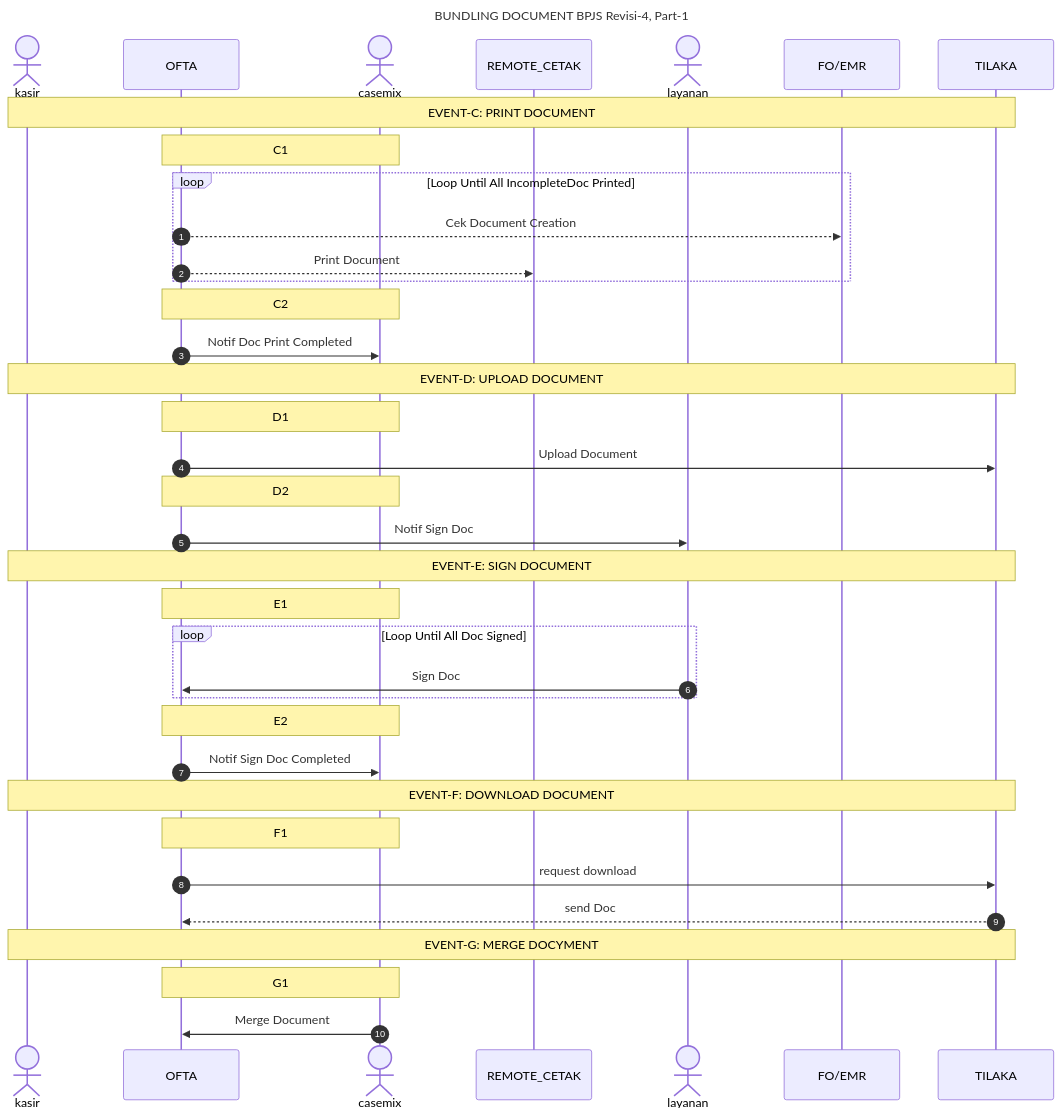
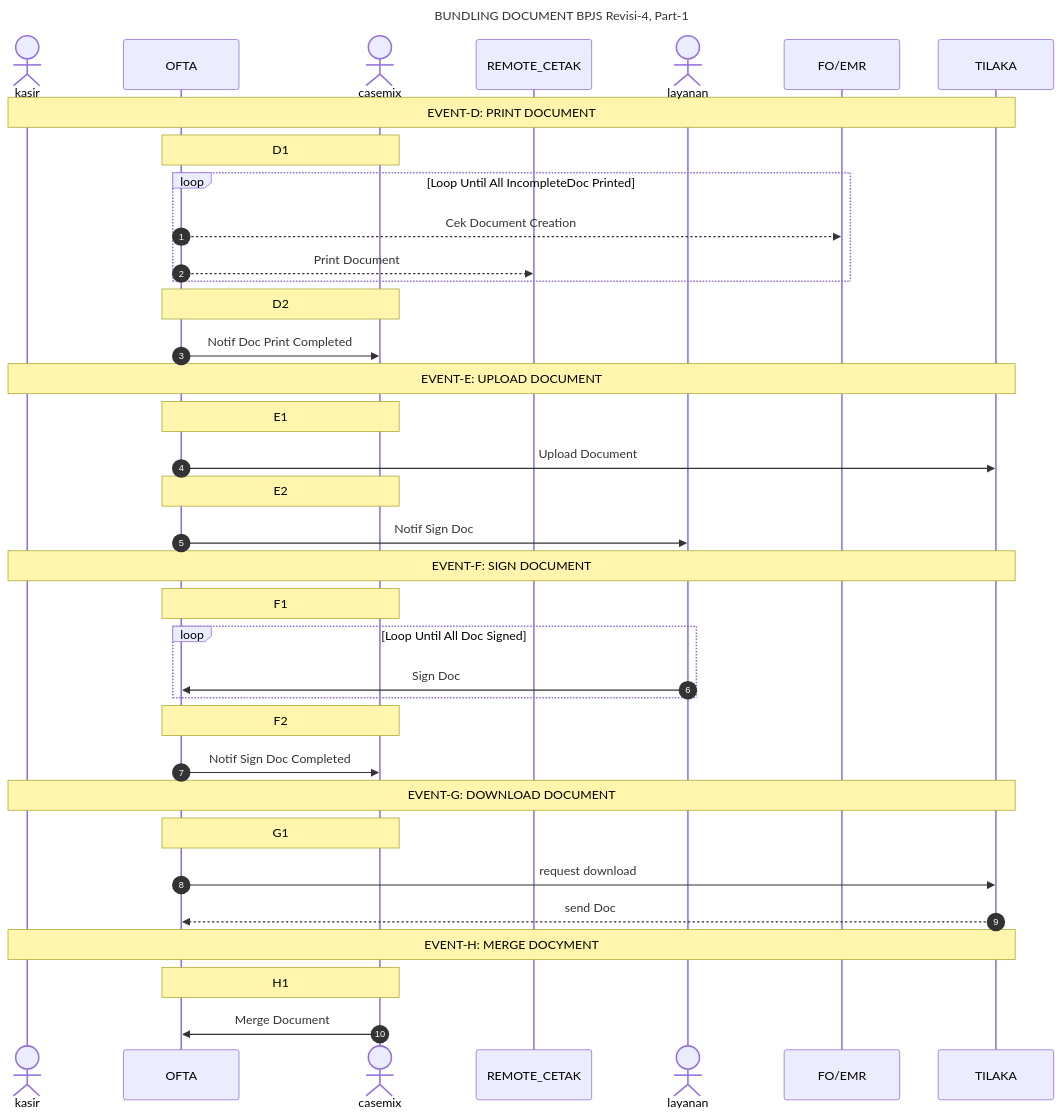
One commit to smart-ics/b005-ofta-api changed the second of 2 diagrams in readme-bpjs-flow.md. Above: the diagram before and after it, drawn with Mermaid. The commit also changed other lines of this file, not shown here.

Commit message:
Update readme-bpjs-flow.md
Penambahan Alur Scan & Mapping transaksi pada OFTA

````diff
--- a/readme-bpjs-flow.md
+++ b/readme-bpjs-flow.md
@@ -42,44 +51,44 @@
 ```mermaid
 sequenceDiagram
     title BUNDLING DOCUMENT BPJS Revisi-4, Part-1
     actor kasir
     participant OFTA
     actor casemix
     participant REMOTE_CETAK
     actor layanan
     participant FO/EMR
     participant TILAKA
     autonumber 1
 
-    note over kasir, TILAKA: EVENT-C: PRINT DOCUMENT
-    note over OFTA, casemix: C1
+    note over kasir, TILAKA: EVENT-D: PRINT DOCUMENT
+    note over OFTA, casemix: D1
     loop Loop Until All IncompleteDoc Printed
         OFTA -->> FO/EMR: Cek Document Creation
         OFTA -->> REMOTE_CETAK: Print Document
     end
-    note over OFTA, casemix: C2
+    note over OFTA, casemix: D2
     OFTA ->> casemix : Notif Doc Print Completed
     
-    note over kasir, TILAKA: EVENT-D: UPLOAD DOCUMENT
-    note over OFTA, casemix: D1
+    note over kasir, TILAKA: EVENT-E: UPLOAD DOCUMENT
+    note over OFTA, casemix: E1
     OFTA ->> TILAKA : Upload Document
-    note over OFTA, casemix: D2
+    note over OFTA, casemix: E2
     OFTA ->> layanan: Notif Sign Doc
 
-    note over kasir, TILAKA: EVENT-E: SIGN DOCUMENT
-    note over OFTA, casemix: E1
+    note over kasir, TILAKA: EVENT-F: SIGN DOCUMENT
+    note over OFTA, casemix: F1
     loop Loop Until All Doc Signed
         layanan ->> OFTA: Sign Doc
     end
-    note over OFTA, casemix: E2
+    note over OFTA, casemix: F2
     OFTA ->> casemix: Notif Sign Doc Completed
 
-    note over kasir, TILAKA: EVENT-F: DOWNLOAD DOCUMENT
-    note over OFTA, casemix: F1
+    note over kasir, TILAKA: EVENT-G: DOWNLOAD DOCUMENT
+    note over OFTA, casemix: G1
     OFTA ->> TILAKA: request download
     TILAKA -->> OFTA : send Doc
 
-    note over kasir, TILAKA: EVENT-G: MERGE DOCYMENT
-    note over OFTA, casemix: G1
+    note over kasir, TILAKA: EVENT-H: MERGE DOCYMENT
+    note over OFTA, casemix: H1
     casemix ->> OFTA: Merge Document
 ```
````
